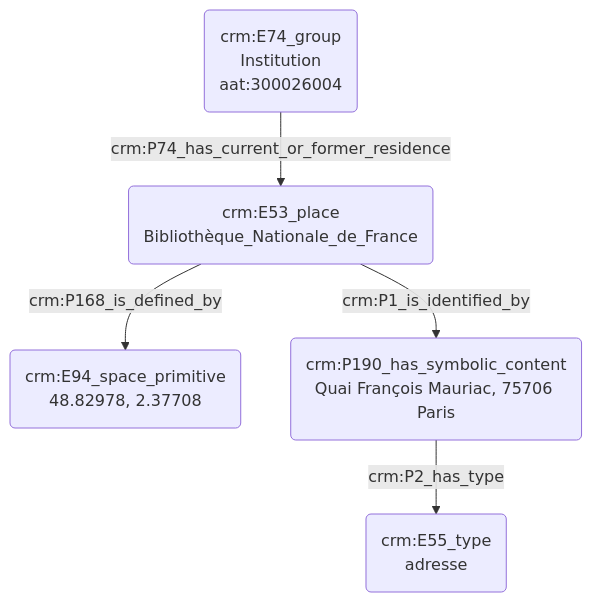
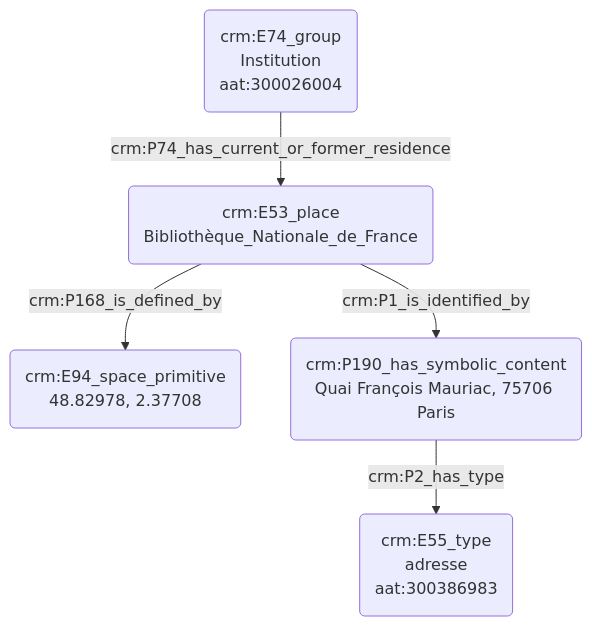
Before and after one commit to Amleth/consortium-musica2-gt2-ontologies: the diagram in modules/livrables/Dossier 2/Indexation conceptuelle/indexation_d_un_lieu.md, drawn with Mermaid.

````diff
--- a/modules/livrables/Dossier 2/Indexation conceptuelle/indexation_d_un_lieu.md
+++ b/modules/livrables/Dossier 2/Indexation conceptuelle/indexation_d_un_lieu.md
@@ -17,9 +17,9 @@
 ```mermaid
 graph TD;
 
 A(crm:E53_place<br>Bibliothèque_Nationale_de_France) --> |crm:P168_is_defined_by| B(crm:E94_space_primitive<br>48.82978, 2.37708)
 C(crm:E74_group<br>Institution<br>aat:300026004) --> |crm:P74_has_current_or_former_residence| A(crm:E53_place<br>Bibliothèque_Nationale_de_France)
 A(crm:E53_place<br>Bibliothèque_Nationale_de_France) --> |crm:P1_is_identified_by| D(crm:P190_has_symbolic_content<br>Quai François Mauriac, 75706 Paris)
-D(crm:P190_has_symbolic_content<br>Quai François Mauriac, 75706 Paris) --> |crm:P2_has_type| E(crm:E55_type<br>adresse) 
+D(crm:P190_has_symbolic_content<br>Quai François Mauriac, 75706 Paris) --> |crm:P2_has_type| E(crm:E55_type<br>adresse<br>aat:300386983) 
 
 ```
````
